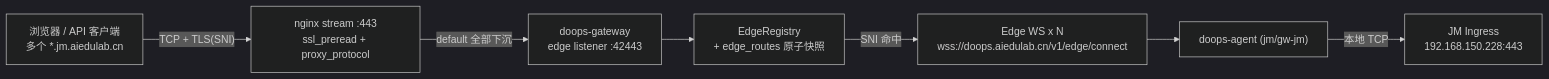
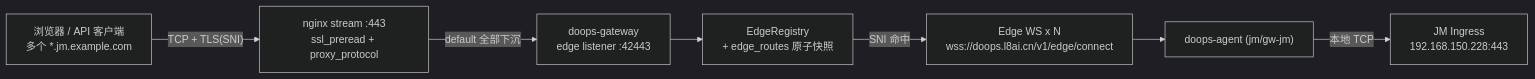
The first of 2 diagrams in backend/docs/design/DOOPS_EDGE_TUNNEL.md (symansun/doops), drawn with Mermaid (dark theme) before and after one commit. The commit also changed other lines of this file and 43 other files, not shown here.

````diff
--- a/backend/docs/design/DOOPS_EDGE_TUNNEL.md
+++ b/backend/docs/design/DOOPS_EDGE_TUNNEL.md
@@ -64,17 +64,17 @@
 ```mermaid
 flowchart LR
-    B["浏览器 / API 客户端\n多个 *.jm.aiedulab.cn"]
+    B["浏览器 / API 客户端\n多个 *.jm.example.com"]
     NG["nginx stream :443\nssl_preread + proxy_protocol"]
     GWE["doops-gateway\nedge listener :42443"]
     ER["EdgeRegistry\n+ edge_routes 原子快照"]
-    WS["Edge WS x N\nwss://doops.aiedulab.cn/v1/edge/connect"]
+    WS["Edge WS x N\nwss://doops.l8ai.cn/v1/edge/connect"]
     AG["doops-agent (jm/gw-jm)"]
     ING["JM Ingress\n192.168.150.228:443"]
 
     B -->|"TCP + TLS(SNI)"| NG
     NG -->|"default 全部下沉"| GWE
     GWE --> ER
     ER -->|"SNI 命中"| WS
     WS --> AG
     AG -->|"本地 TCP"| ING
 ```
````
